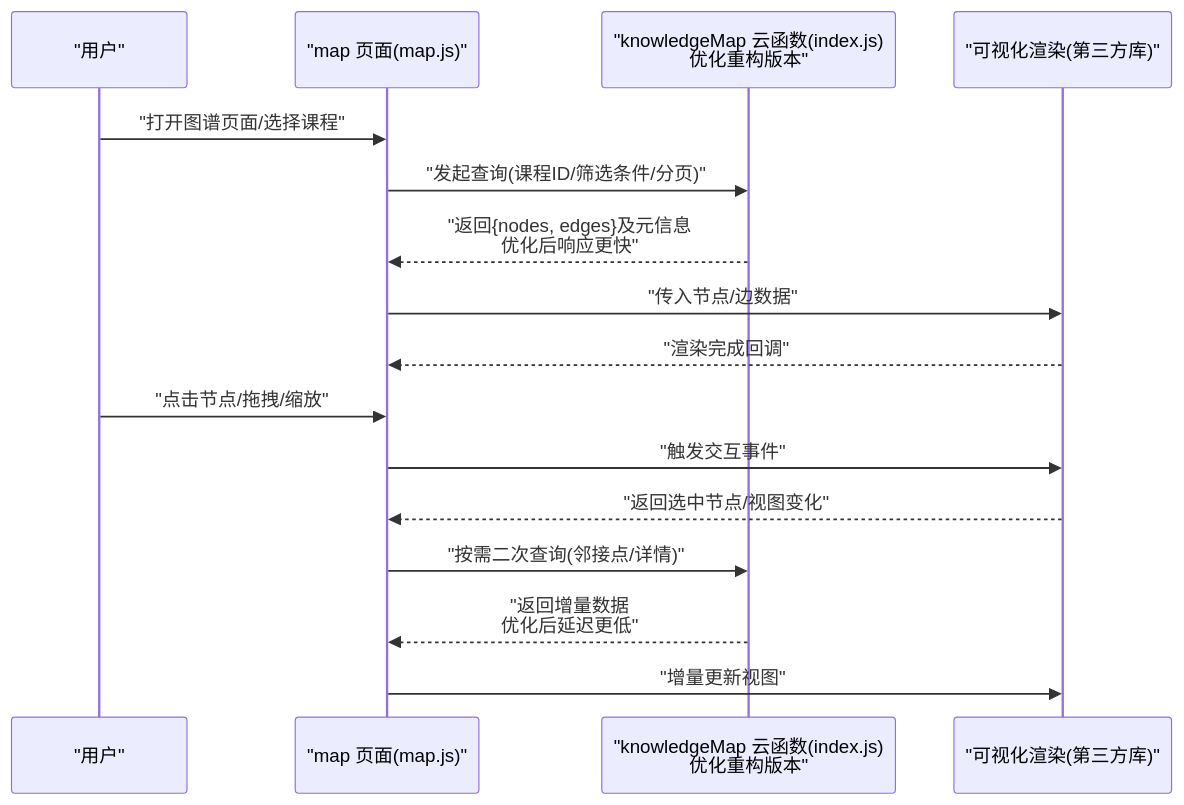
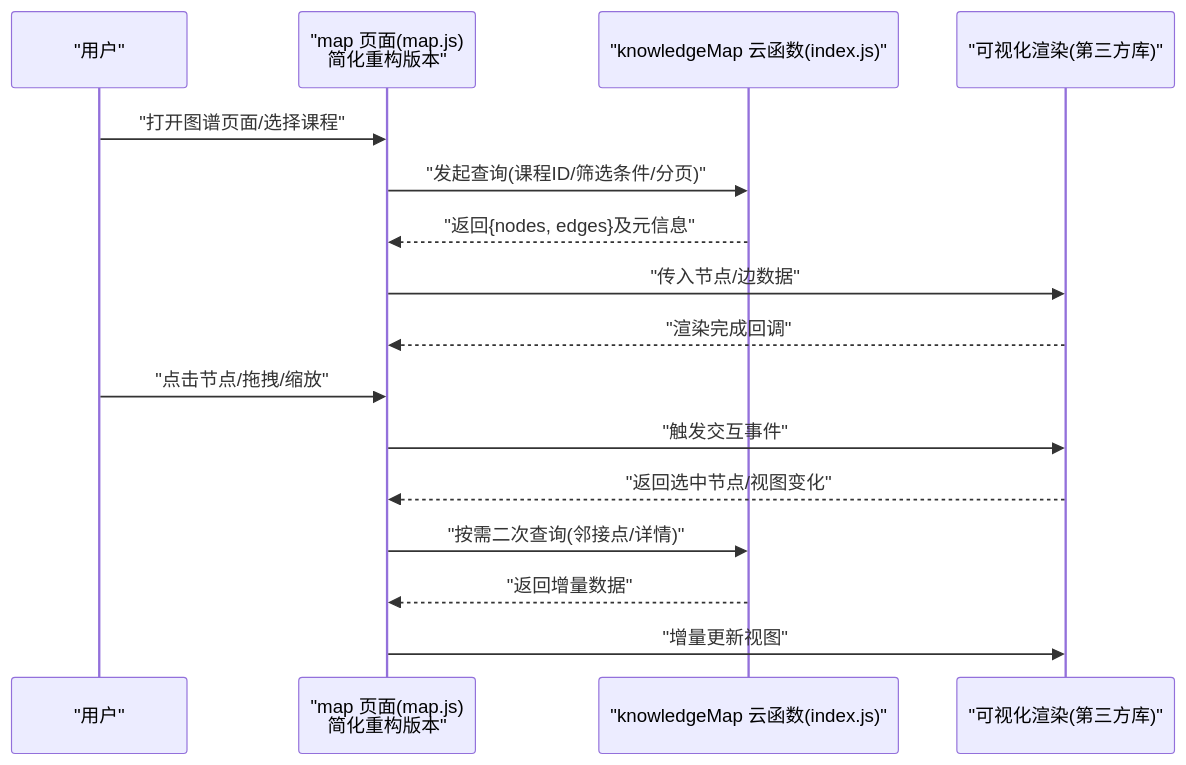
One commit to cwb7756/bio changed the second of 3 diagrams in .qoder/repowiki/zh/content/核心功能模块/知识图谱系统/知识图谱系统.md. Above: the diagram before and after it, drawn with Mermaid. The commit also changed other lines of this file and 98 other files, not shown here.

````diff
--- a/.qoder/repowiki/zh/content/核心功能模块/知识图谱系统/知识图谱系统.md
+++ b/.qoder/repowiki/zh/content/核心功能模块/知识图谱系统/知识图谱系统.md
@@ -92,18 +92,18 @@
 ```mermaid
 sequenceDiagram
 participant U as "用户"
-participant P as "map 页面(map.js)"
-participant CF as "knowledgeMap 云函数(index.js)<br/>优化重构版本"
+participant P as "map 页面(map.js)<br/>简化重构版本"
+participant CF as "knowledgeMap 云函数(index.js)"
 participant V as "可视化渲染(第三方库)"
 U->>P : "打开图谱页面/选择课程"
 P->>CF : "发起查询(课程ID/筛选条件/分页)"
-CF-->>P : "返回{nodes, edges}及元信息<br/>优化后响应更快"
+CF-->>P : "返回{nodes, edges}及元信息"
 P->>V : "传入节点/边数据"
 V-->>P : "渲染完成回调"
 U->>P : "点击节点/拖拽/缩放"
 P->>V : "触发交互事件"
 V-->>P : "返回选中节点/视图变化"
 P->>CF : "按需二次查询(邻接点/详情)"
-CF-->>P : "返回增量数据<br/>优化后延迟更低"
+CF-->>P : "返回增量数据"
 P->>V : "增量更新视图"
 ```
````
